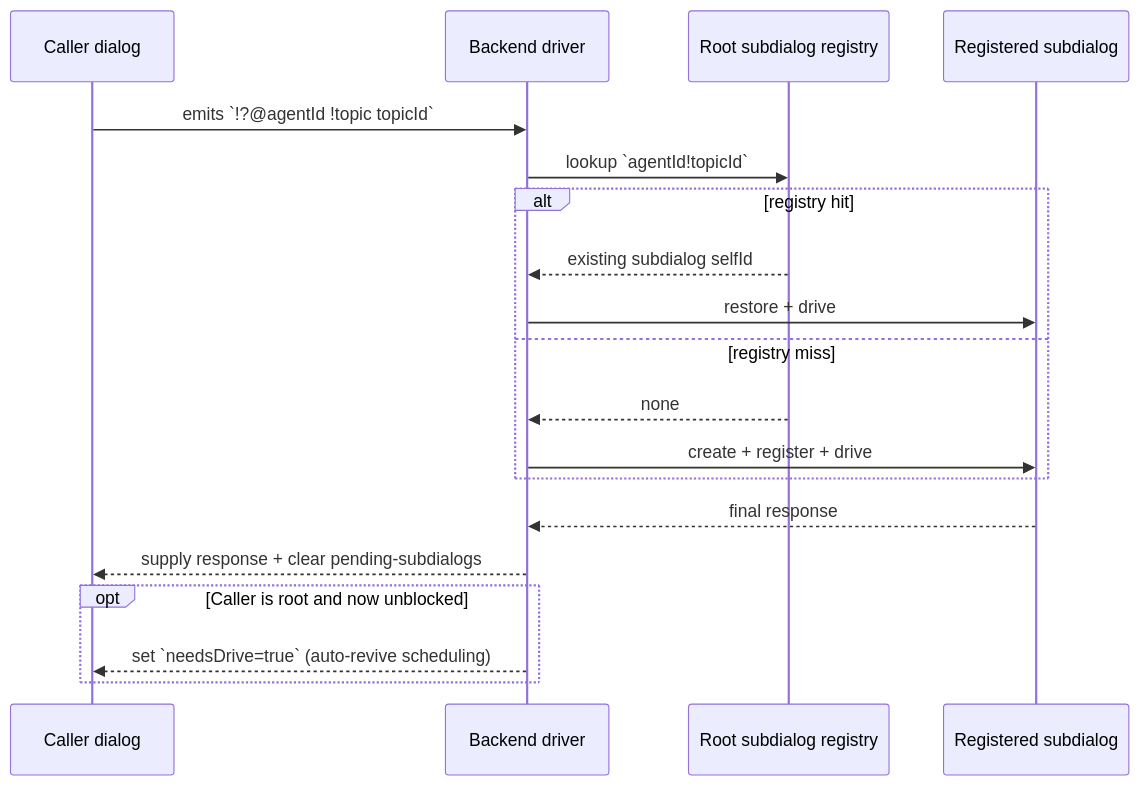
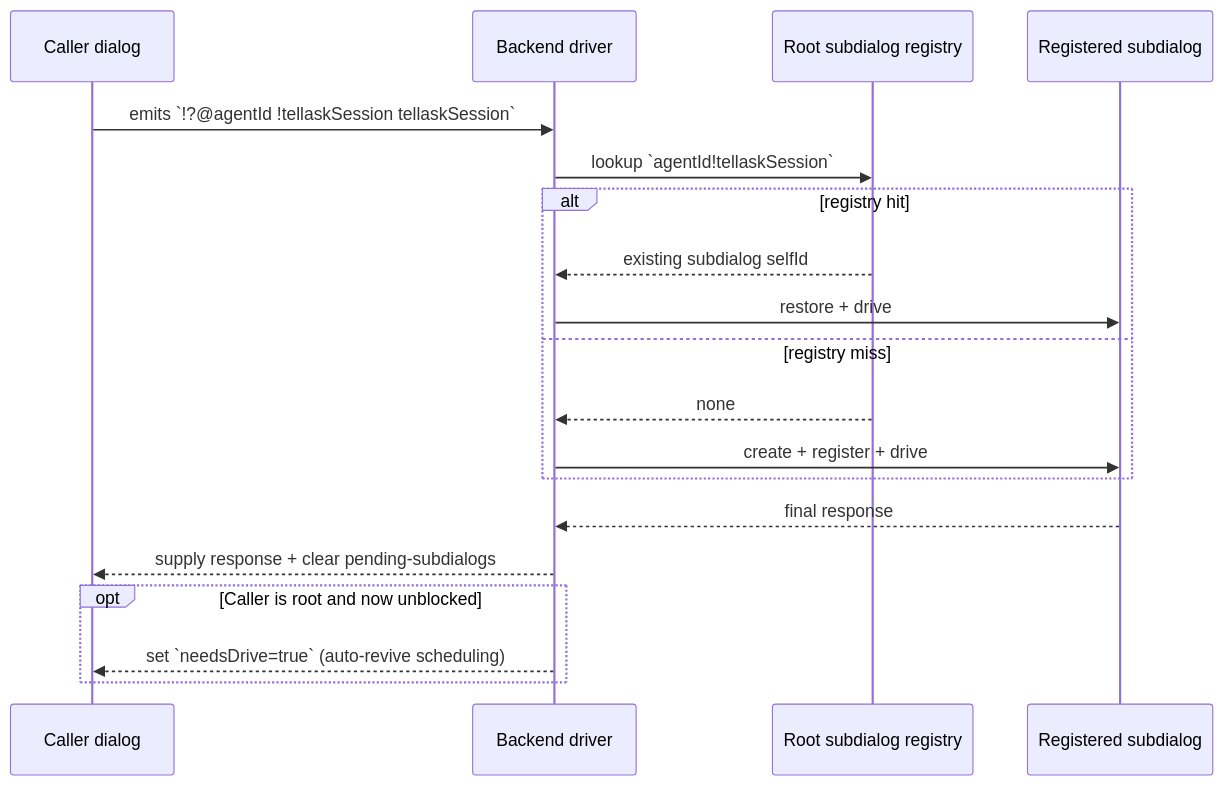
Diagram 12 of 18 in docs/dialog-system.md (longrun-ai/dominds), drawn with Mermaid before and after one commit. The commit also changed other lines of this file and 58 other files, not shown here.

````diff
--- a/docs/dialog-system.md
+++ b/docs/dialog-system.md
@@ -1080,22 +1080,22 @@
 ```mermaid
 sequenceDiagram
   participant Caller as Caller dialog
   participant Driver as Backend driver
   participant Reg as Root subdialog registry
   participant Sub as Registered subdialog
 
-  Caller->>Driver: emits `!?@agentId !topic topicId`
-  Driver->>Reg: lookup `agentId!topicId`
+  Caller->>Driver: emits `!?@agentId !tellaskSession tellaskSession`
+  Driver->>Reg: lookup `agentId!tellaskSession`
   alt registry hit
     Reg-->>Driver: existing subdialog selfId
     Driver->>Sub: restore + drive
   else registry miss
     Reg-->>Driver: none
     Driver->>Sub: create + register + drive
   end
   Sub-->>Driver: final response
   Driver-->>Caller: supply response + clear pending-subdialogs
   opt Caller is root and now unblocked
     Driver-->>Caller: set `needsDrive=true` (auto-revive scheduling)
   end
 ```
````
